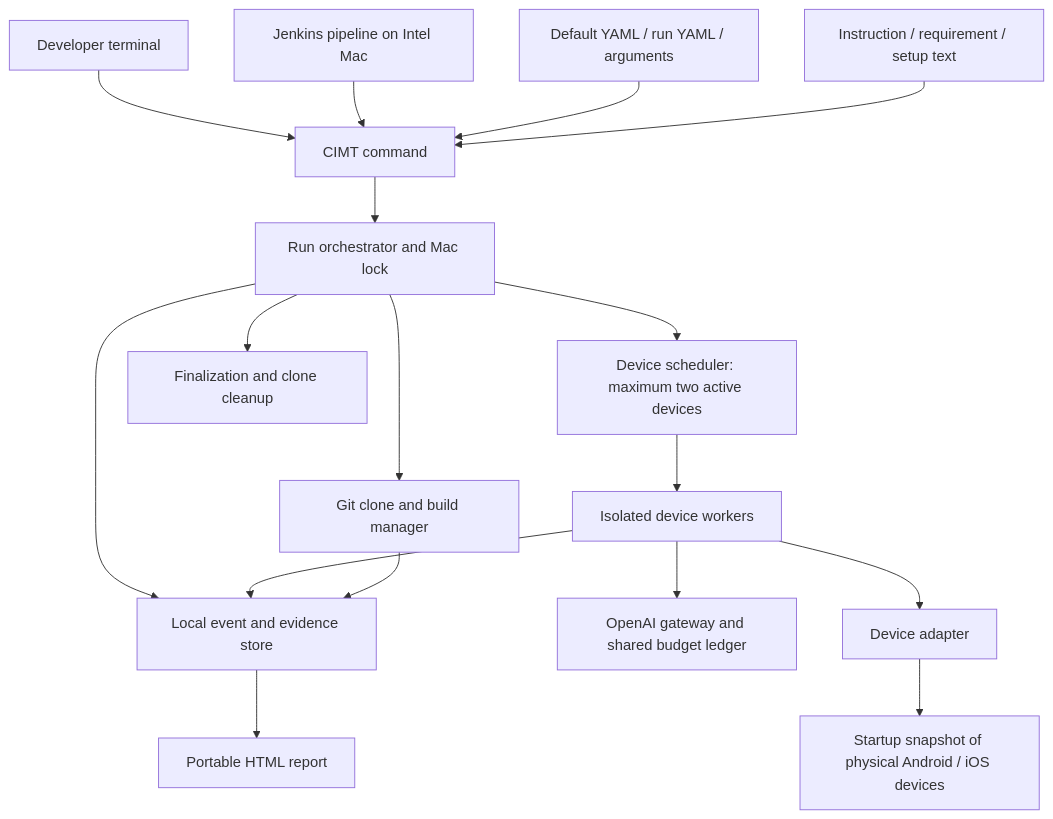
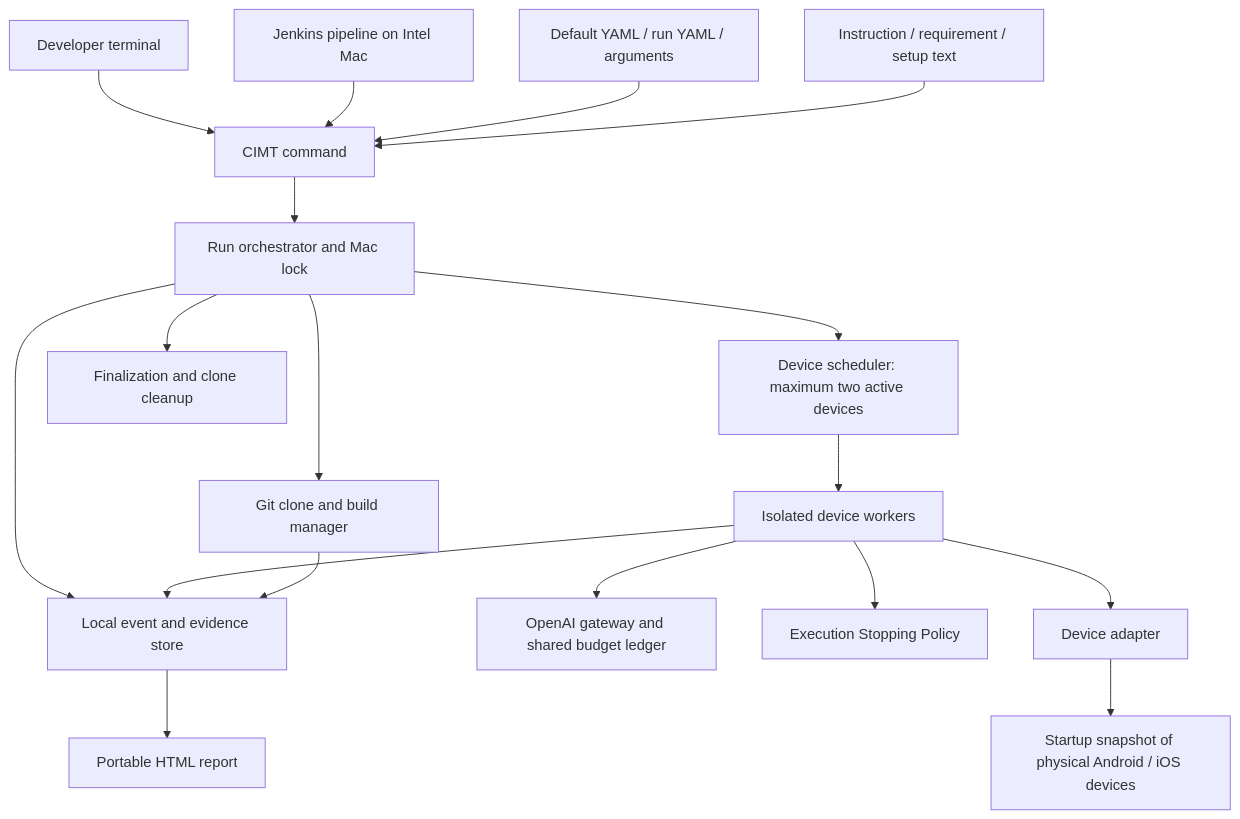
Before and after one commit to Richard032/CIMT: the diagram in docs/architecture.md, drawn with Mermaid. The commit also changed other lines of this file and 22 other files, not shown here.

Commit message:
Isolate app launch failures and add a separate stopping policy layer

````diff
--- a/docs/architecture.md
+++ b/docs/architecture.md
@@ -22,19 +22,20 @@
 ```mermaid
 flowchart TD
     T[Developer terminal] --> C[CIMT command]
     J[Jenkins pipeline on Intel Mac] --> C
     Y[Default YAML / run YAML / arguments] --> C
     I[Instruction / requirement / setup text] --> C
     C --> O[Run orchestrator and Mac lock]
     O --> B[Git clone and build manager]
     O --> S[Device scheduler: maximum two active devices]
     S --> W[Isolated device workers]
     W --> A[Device adapter]
     A --> D[Startup snapshot of physical Android / iOS devices]
     W --> P[OpenAI gateway and shared budget ledger]
+    W --> K[Execution Stopping Policy]
     O --> E[Local event and evidence store]
     W --> E
     B --> E
     E --> R[Portable HTML report]
     O --> F[Finalization and clone cleanup]
 ```
````
